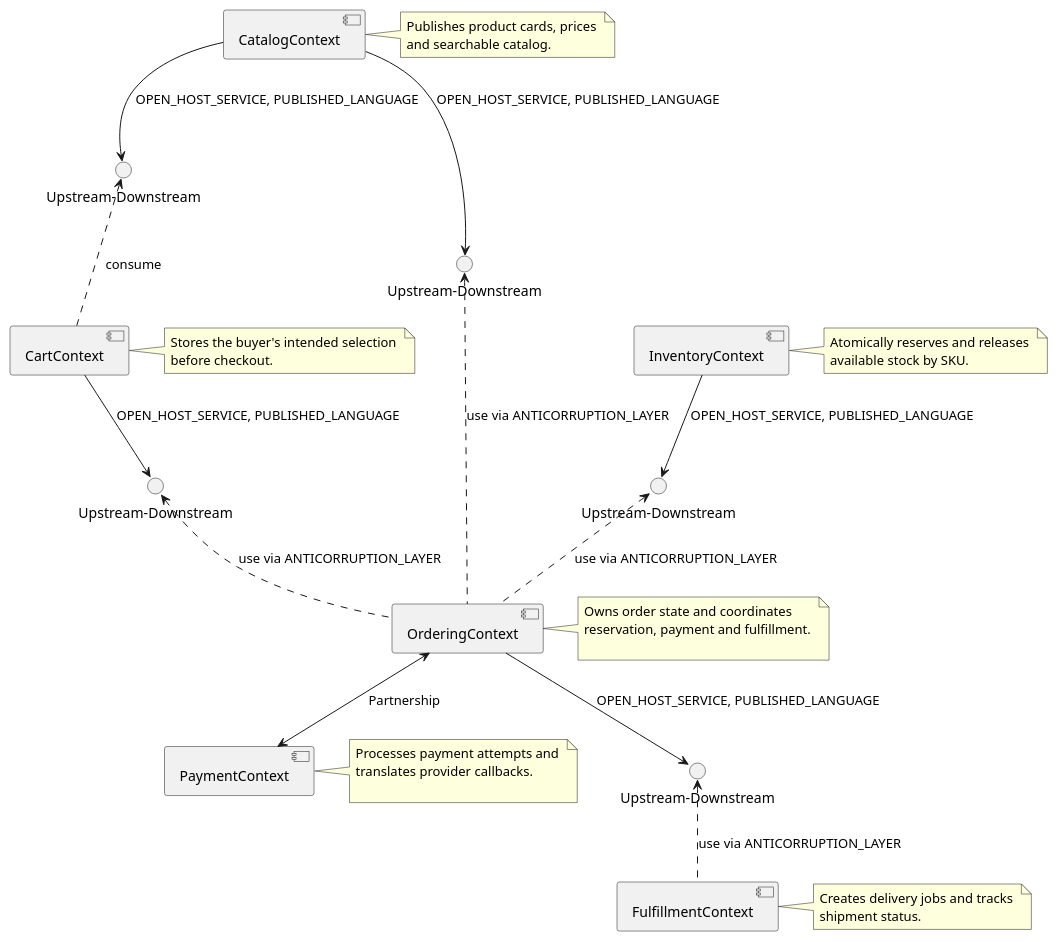
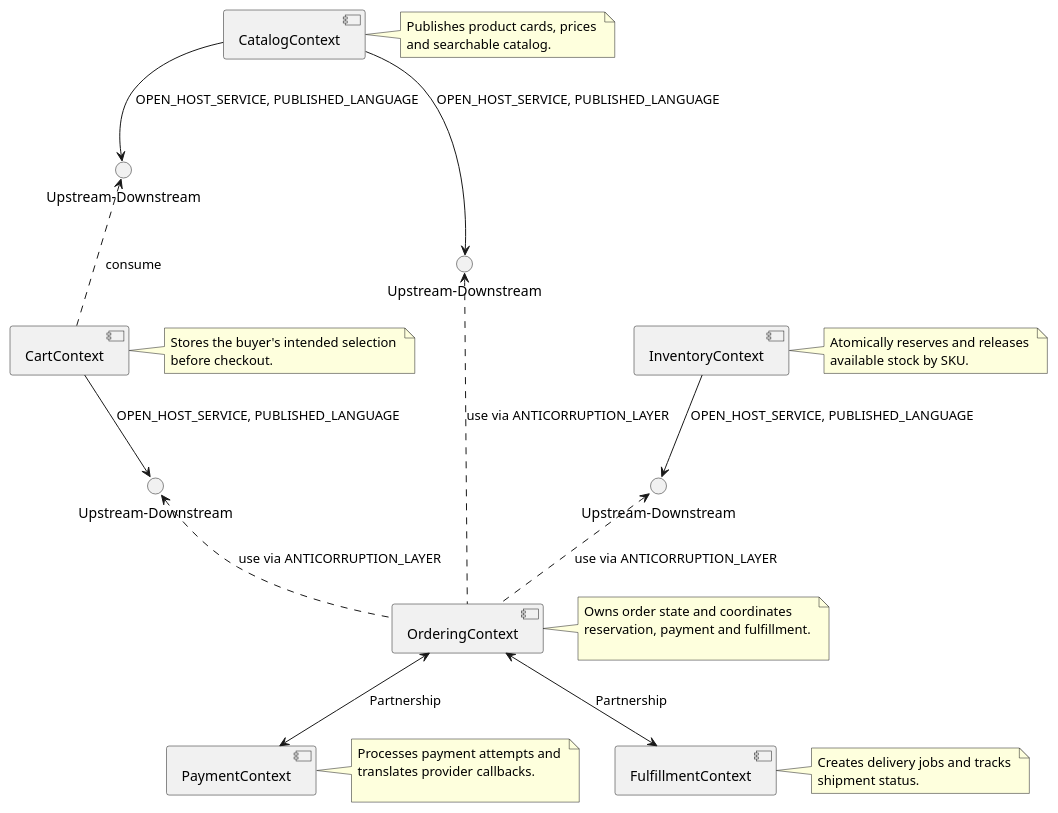
Before and after one commit to TemonDK/ais-lab1-marketplace: the diagram in docs/architecture/context-map.puml, drawn with PlantUML. The commit also changed 39 other files, not shown here.

```diff
--- a/docs/architecture/context-map.puml
+++ b/docs/architecture/context-map.puml
@@ -1,62 +1,60 @@
 @startuml
 
 skinparam componentStyle uml2
 
 component [CatalogContext]
 note right of [CatalogContext]
 Publishes product cards, prices 
 and searchable catalog. 
 end note
 component [CartContext]
 note right of [CartContext]
 Stores the buyer's intended selection 
 before checkout. 
 end note
 component [InventoryContext]
 note right of [InventoryContext]
 Atomically reserves and releases 
 available stock by SKU. 
 end note
 component [OrderingContext]
 note right of [OrderingContext]
 Owns order state and coordinates 
 reservation, payment and fulfillment. 
 
 end note
 component [PaymentContext]
 note right of [PaymentContext]
 Processes payment attempts and 
 translates provider callbacks. 
 
 end note
 component [FulfillmentContext]
 note right of [FulfillmentContext]
 Creates delivery jobs and tracks 
 shipment status. 
 end note
 
 interface "Upstream-Downstream" as CartContext_to_CatalogContext
 [CatalogContext] --> CartContext_to_CatalogContext : OPEN_HOST_SERVICE, PUBLISHED_LANGUAGE
 CartContext_to_CatalogContext <.. [CartContext] : consume
 
 interface "Upstream-Downstream" as OrderingContext_to_CatalogContext
 [CatalogContext] --> OrderingContext_to_CatalogContext : OPEN_HOST_SERVICE, PUBLISHED_LANGUAGE
 OrderingContext_to_CatalogContext <.. [OrderingContext] : use via ANTICORRUPTION_LAYER
 
 interface "Upstream-Downstream" as OrderingContext_to_CartContext
 [CartContext] --> OrderingContext_to_CartContext : OPEN_HOST_SERVICE, PUBLISHED_LANGUAGE
 OrderingContext_to_CartContext <.. [OrderingContext] : use via ANTICORRUPTION_LAYER
 
 interface "Upstream-Downstream" as OrderingContext_to_InventoryContext
 [InventoryContext] --> OrderingContext_to_InventoryContext : OPEN_HOST_SERVICE, PUBLISHED_LANGUAGE
 OrderingContext_to_InventoryContext <.. [OrderingContext] : use via ANTICORRUPTION_LAYER
 
 [OrderingContext]<-->[PaymentContext] : Partnership
 
-interface "Upstream-Downstream" as FulfillmentContext_to_OrderingContext
-[OrderingContext] --> FulfillmentContext_to_OrderingContext : OPEN_HOST_SERVICE, PUBLISHED_LANGUAGE
-FulfillmentContext_to_OrderingContext <.. [FulfillmentContext] : use via ANTICORRUPTION_LAYER
+[OrderingContext]<-->[FulfillmentContext] : Partnership
 
 
 
 @enduml
```
